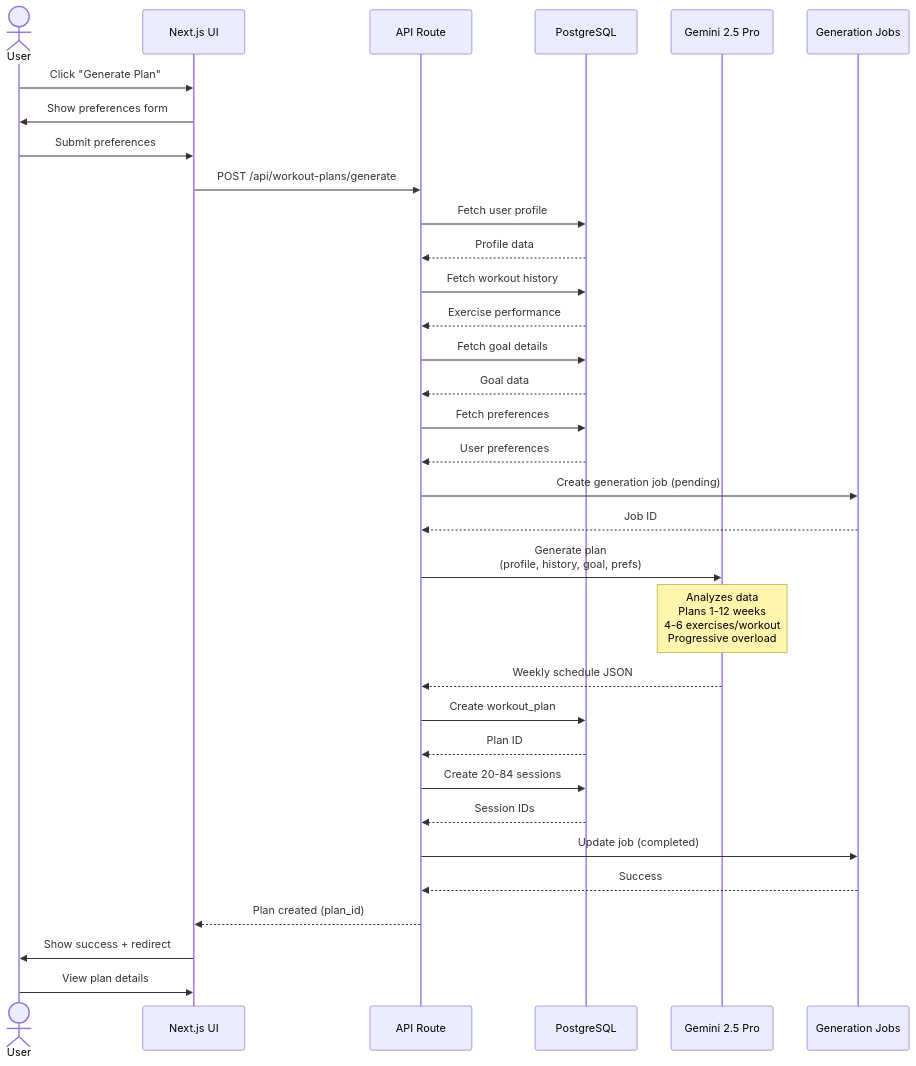
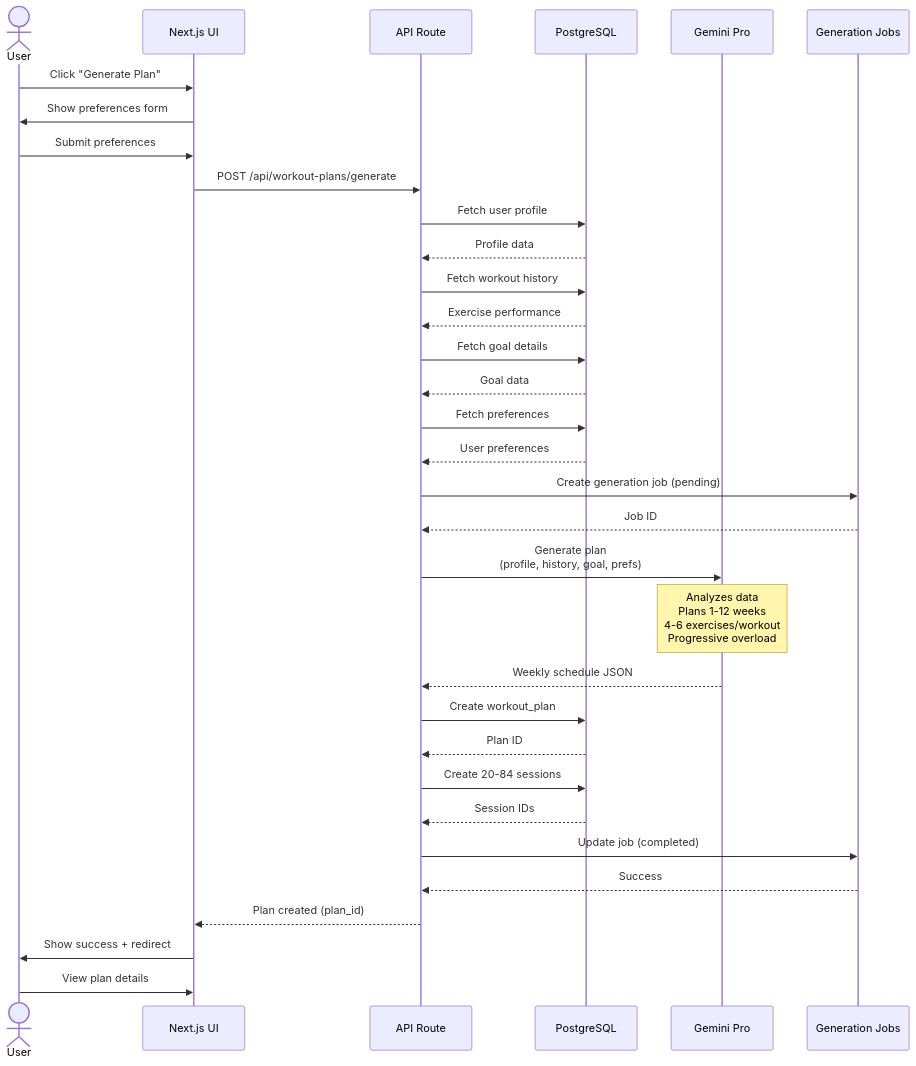
One commit to saurabhpro/goodhealth changed the third of 6 diagrams in docs/ARCHITECTURE.md. Above: the diagram before and after it, drawn with Mermaid. The commit also changed other lines of this file, not shown here.

````diff
--- a/docs/ARCHITECTURE.md
+++ b/docs/ARCHITECTURE.md
@@ -345,42 +351,42 @@
 ```mermaid
 sequenceDiagram
     actor User
     participant UI as Next.js UI
     participant API as API Route
     participant DB as PostgreSQL
-    participant AI as Gemini 2.5 Pro
+    participant AI as Gemini Pro
     participant Jobs as Generation Jobs
 
     User->>UI: Click "Generate Plan"
     UI->>User: Show preferences form
     User->>UI: Submit preferences
     UI->>API: POST /api/workout-plans/generate
 
     API->>DB: Fetch user profile
     DB-->>API: Profile data
     API->>DB: Fetch workout history
     DB-->>API: Exercise performance
     API->>DB: Fetch goal details
     DB-->>API: Goal data
     API->>DB: Fetch preferences
     DB-->>API: User preferences
 
     API->>Jobs: Create generation job (pending)
     Jobs-->>API: Job ID
 
     API->>AI: Generate plan<br/>(profile, history, goal, prefs)
     Note over AI: Analyzes data<br/>Plans 1-12 weeks<br/>4-6 exercises/workout<br/>Progressive overload
     AI-->>API: Weekly schedule JSON
 
     API->>DB: Create workout_plan
     DB-->>API: Plan ID
     API->>DB: Create 20-84 sessions
     DB-->>API: Session IDs
 
     API->>Jobs: Update job (completed)
     Jobs-->>API: Success
 
     API-->>UI: Plan created (plan_id)
     UI->>User: Show success + redirect
     User->>UI: View plan details
 ```
````
